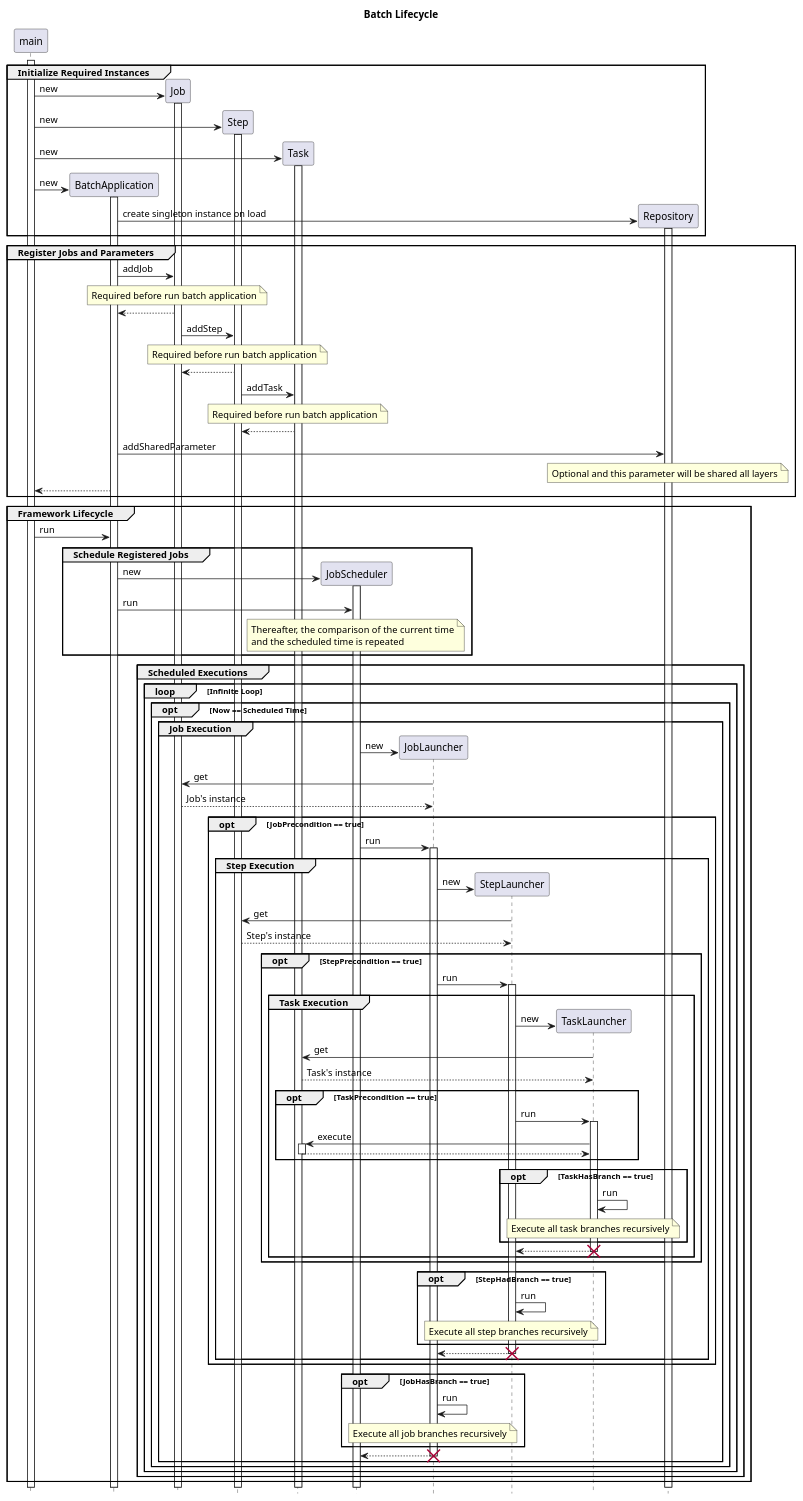
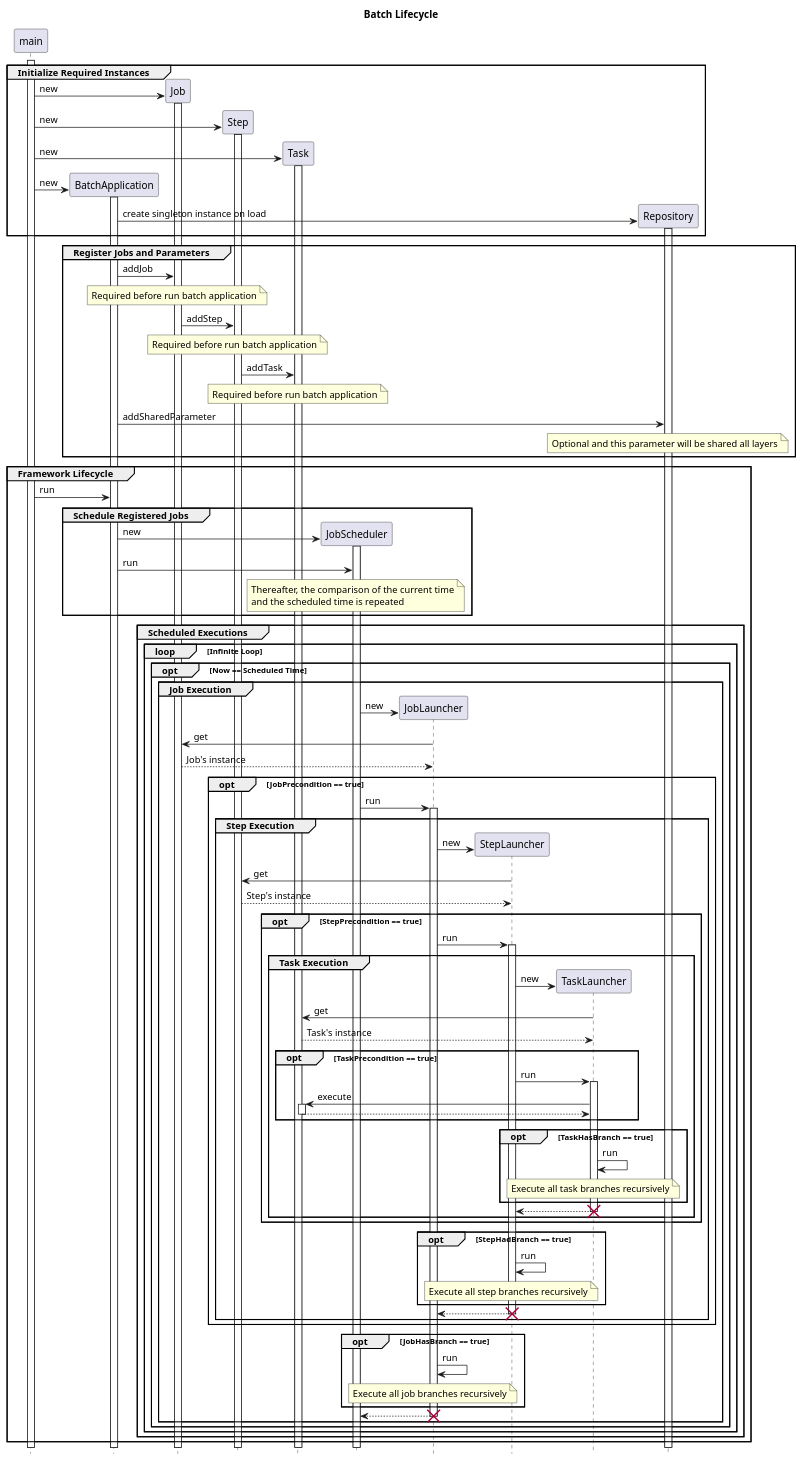
Before and after one commit to runchise/batch.dart: the diagram in design/sequence.pu, drawn with PlantUML.

```diff
--- a/design/sequence.pu
+++ b/design/sequence.pu
@@ -1,147 +1,142 @@
 @startuml Batch Lifecycle
 title Batch Lifecycle
 
 hide footbox
 participant main
 participant BatchApplication
 participant Job
 participant Step
 participant Task
 participant JobScheduler
 participant JobLauncher
 participant StepLauncher
 participant TaskLauncher
 participant Repository
 
 activate main
 
 group Initialize Required Instances
     create Job
     main -> Job: new
     activate Job
     create Step
     main -> Step: new
     activate Step
 
     create Task
     main -> Task: new
     activate Task
 
     create BatchApplication
     main -> BatchApplication: new
     activate BatchApplication
     create Repository
     BatchApplication -> Repository: create singleton instance on load
     activate Repository
 end
 
 group Register Jobs and Parameters
     BatchApplication -> Job: addJob
     note over Job: Required before run batch application
-    BatchApplication <-- Job
 
     Job -> Step: addStep
     note over Step: Required before run batch application
-    Job <-- Step
 
     Step -> Task: addTask
     note over Task: Required before run batch application
-    Step <-- Task
 
     BatchApplication -> Repository: addSharedParameter
     note over Repository: Optional and this parameter will be shared all layers
-
-    main <-- BatchApplication
 end
 
 
 group Framework Lifecycle
     main -> BatchApplication: run
 
     group Schedule Registered Jobs
         create JobScheduler
         BatchApplication -> JobScheduler: new
         activate JobScheduler
 
         BatchApplication -> JobScheduler: run
         note over JobScheduler
             Thereafter, the comparison of the current time
             and the scheduled time is repeated
         end note
     end
 
     group Scheduled Executions
         loop Infinite Loop
             opt Now == Scheduled Time
 
                 group Job Execution
                     create JobLauncher
                     JobScheduler -> JobLauncher: new
                     JobLauncher -> Job: get
                     JobLauncher <-- Job: Job's instance
 
                     opt JobPrecondition == true
                         JobScheduler -> JobLauncher: run
 
                         activate JobLauncher
 
                         group Step Execution
                             create StepLauncher
                             JobLauncher -> StepLauncher: new
                             StepLauncher -> Step: get
                             StepLauncher <-- Step: Step's instance
 
                             opt StepPrecondition == true
                                 JobLauncher -> StepLauncher: run
                                 activate StepLauncher
 
                                 group Task Execution
                                     create TaskLauncher
                                     StepLauncher -> TaskLauncher: new
                                     TaskLauncher -> Task: get
                                     TaskLauncher <-- Task: Task's instance
 
                                     opt TaskPrecondition == true
                                         StepLauncher -> TaskLauncher: run
                                         activate TaskLauncher
                                         TaskLauncher -> Task: execute
                                         activate Task
                                         TaskLauncher <-- Task
                                         deactivate Task
                                     end
 
                                     opt TaskHasBranch == true
                                         TaskLauncher -> TaskLauncher: run
                                         note over TaskLauncher: Execute all task branches recursively
                                     end
                                                                                                        StepLauncher <-- TaskLauncher
                                     deactivate TaskLauncher
                                     destroy TaskLauncher
                                 end
                             end
 
                             opt StepHadBranch == true
                                 StepLauncher -> StepLauncher: run
                                 note over StepLauncher: Execute all step branches recursively
                             end
 
                             JobLauncher <-- StepLauncher
                             deactivate StepLauncher
                             destroy StepLauncher
                         end
                     end
 
                     opt JobHasBranch == true
                         JobLauncher -> JobLauncher: run
                         note over JobLauncher: Execute all job branches recursively
                     end
 
                     JobScheduler <-- JobLauncher
                     deactivate JobLauncher
                     destroy JobLauncher
                 end
             end
         end
     end
 end
 @enduml
```
